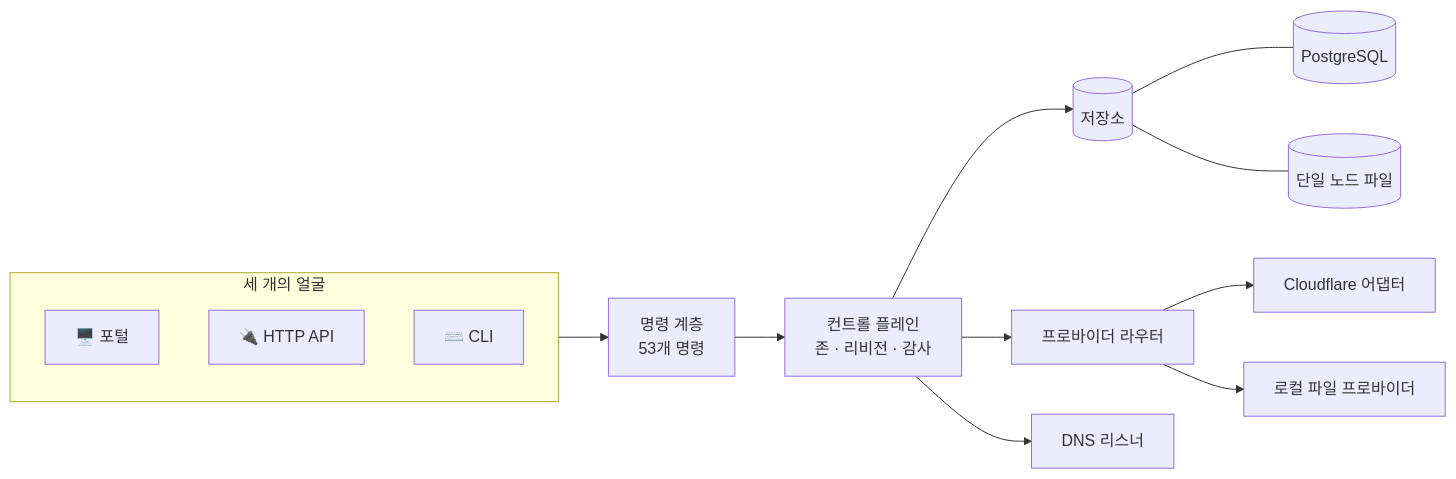
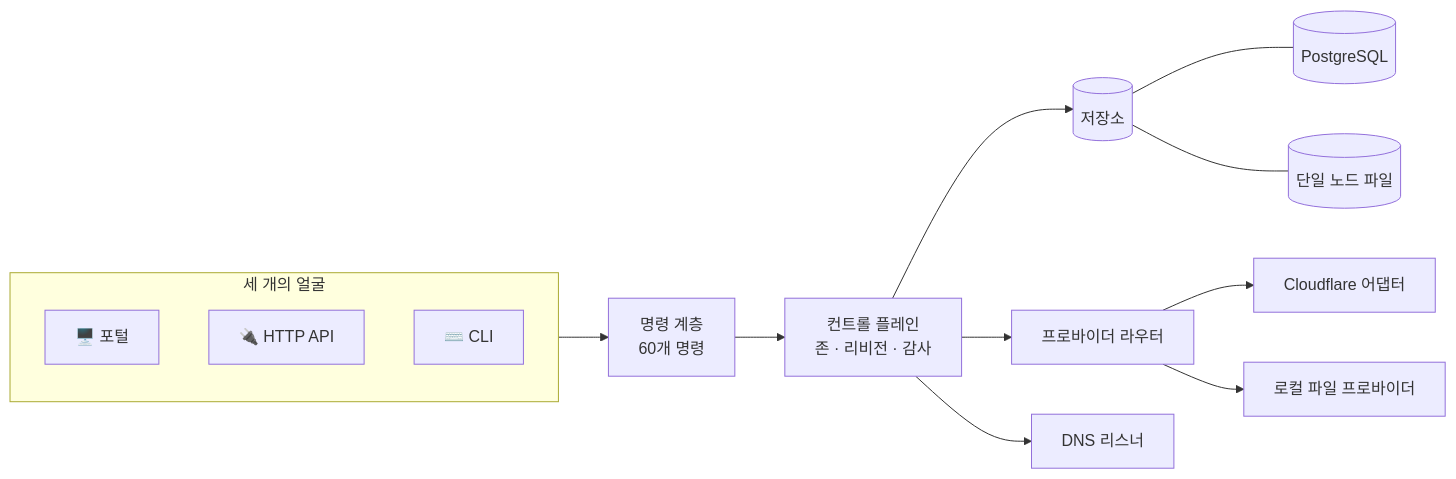
The second of 3 diagrams in README.ko.md (henryj-dev/parallax), drawn with Mermaid before and after one commit. The commit also changed other lines of this file and 77 other files, not shown here.

````diff
--- a/README.ko.md
+++ b/README.ko.md
@@ -203,21 +203,21 @@
 ```mermaid
 flowchart LR
     subgraph faces["세 개의 얼굴"]
         P["🖥️ 포털"]
         A["🔌 HTTP API"]
         C["⌨️ CLI"]
     end
 
-    faces --> CMD["명령 계층<br/>53개 명령"]
+    faces --> CMD["명령 계층<br/>60개 명령"]
     CMD --> CP["컨트롤 플레인<br/>존 · 리비전 · 감사"]
 
     CP --> ST[("저장소")]
     CP --> RT["프로바이더 라우터"]
 
     ST --- PG[("PostgreSQL")]
     ST --- FS[("단일 노드 파일")]
 
     RT --> CFA["Cloudflare 어댑터"]
     RT --> LOC["로컬 파일 프로바이더"]
     CP --> DNS["DNS 리스너"]
 ```
````
